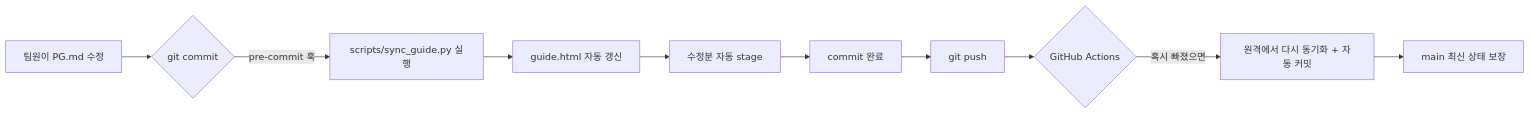
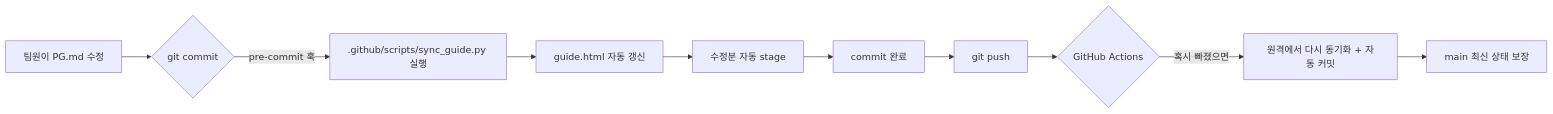
One commit to Lemon-Aid-KDT/Lemon-sin changed the ninth of 12 diagrams in yeong-Vision-Nutrition/PROJECT_GUIDE.md. Above: the diagram before and after it, drawn with Mermaid. The commit also changed other lines of this file and 43 other files, not shown here.

````diff
--- a/yeong-Vision-Nutrition/PROJECT_GUIDE.md
+++ b/yeong-Vision-Nutrition/PROJECT_GUIDE.md
@@ -2088,12 +2088,12 @@
 ```mermaid
 flowchart LR
     A[팀원이 PG.md 수정] --> B{git commit}
-    B -->|pre-commit 훅| C[scripts/sync_guide.py 실행]
+    B -->|pre-commit 훅| C[.github/scripts/sync_guide.py 실행]
     C --> D[guide.html 자동 갱신]
     D --> E[수정분 자동 stage]
     E --> F[commit 완료]
     F --> G[git push]
     G --> H{GitHub Actions}
     H -->|혹시 빠졌으면| I[원격에서 다시 동기화 + 자동 커밋]
     I --> J[main 최신 상태 보장]
 ```
````
